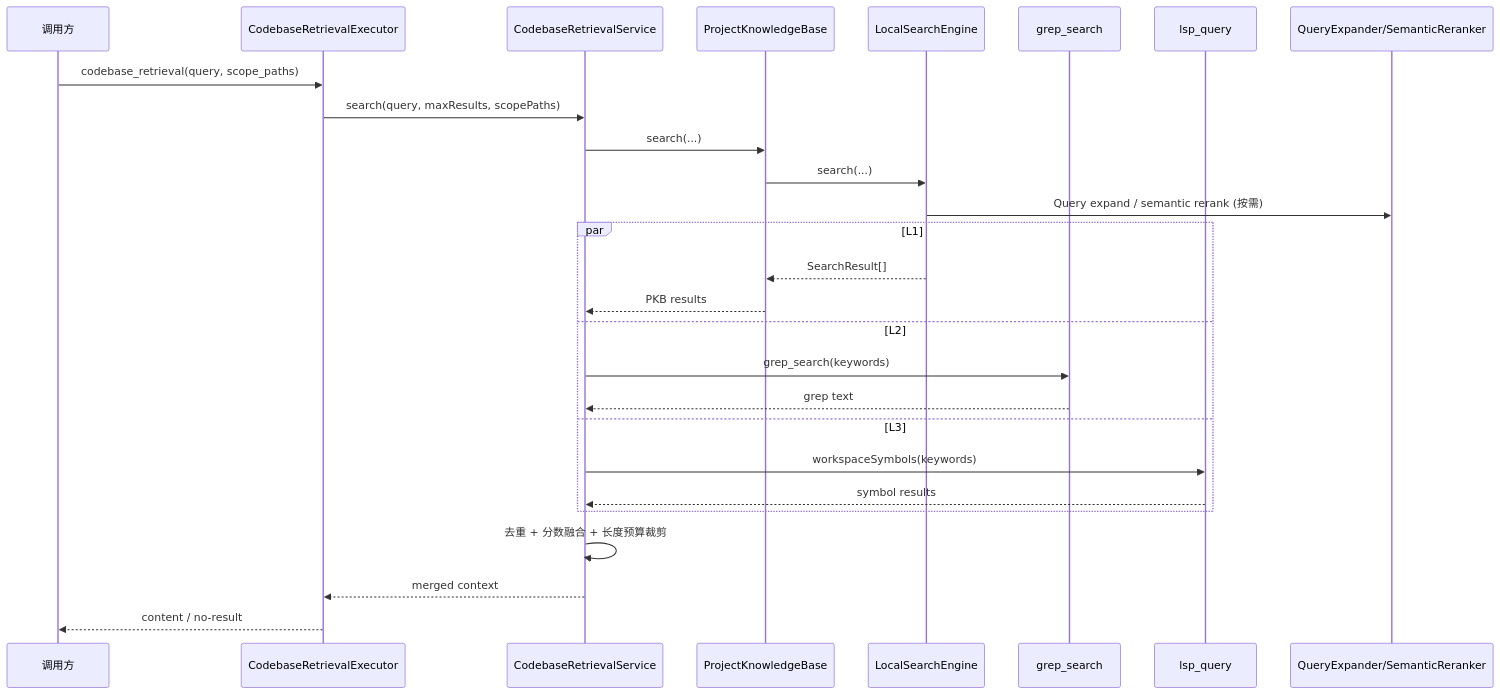
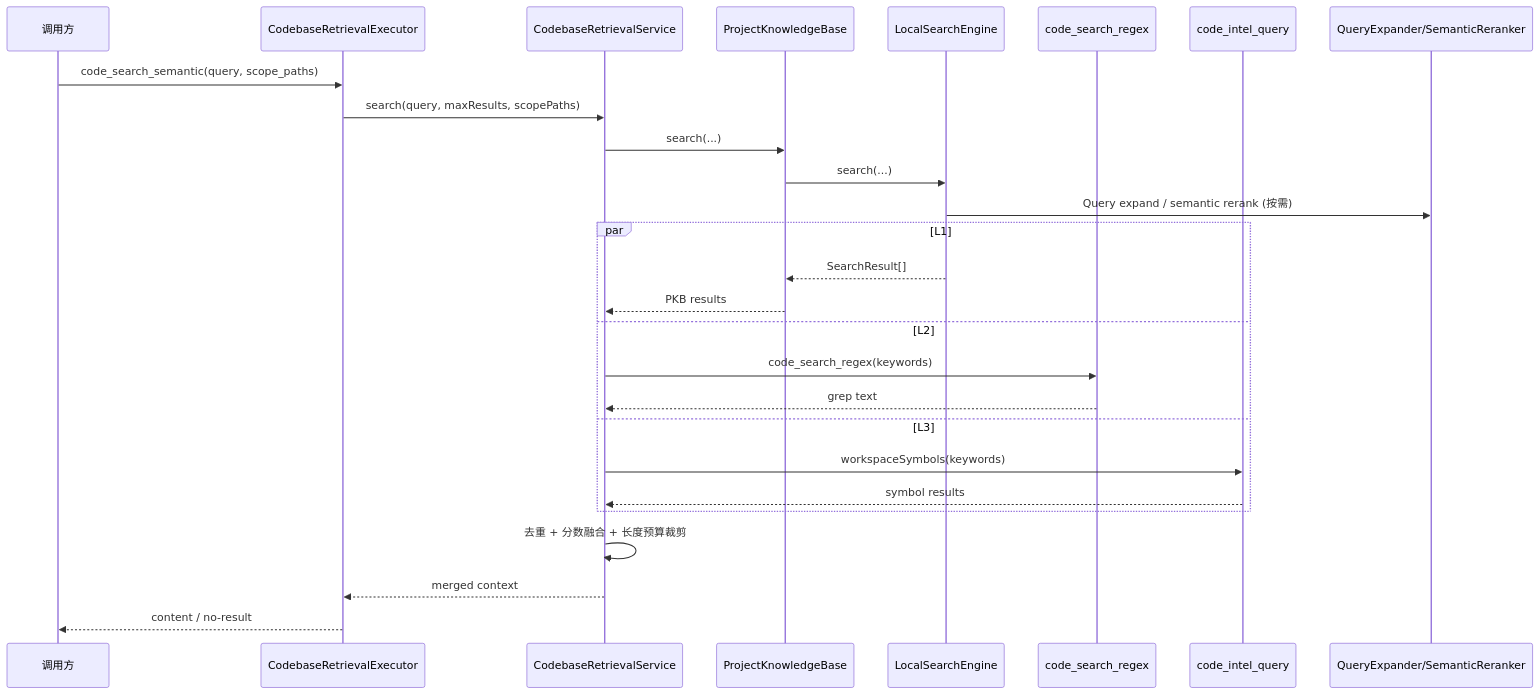
The second of 2 diagrams in docs/LOCAL_INDEX_DESIGN.md (MistRipple/magi-code), drawn with Mermaid before and after one commit. The commit also changed other lines of this file and 93 other files, not shown here.

````diff
--- a/docs/LOCAL_INDEX_DESIGN.md
+++ b/docs/LOCAL_INDEX_DESIGN.md
@@ -46,33 +46,33 @@
 ```mermaid
 sequenceDiagram
     participant Caller as 调用方
     participant Exec as CodebaseRetrievalExecutor
     participant Service as CodebaseRetrievalService
     participant PKB as ProjectKnowledgeBase
     participant Engine as LocalSearchEngine
-    participant Grep as grep_search
-    participant LSP as lsp_query
+    participant Grep as code_search_regex
+    participant LSP as code_intel_query
     participant LLM as QueryExpander/SemanticReranker
 
-    Caller->>Exec: codebase_retrieval(query, scope_paths)
+    Caller->>Exec: code_search_semantic(query, scope_paths)
     Exec->>Service: search(query, maxResults, scopePaths)
 
     Service->>PKB: search(...)
     PKB->>Engine: search(...)
     Engine->>LLM: Query expand / semantic rerank (按需)
 
     par L1
       Engine-->>PKB: SearchResult[]
       PKB-->>Service: PKB results
     and L2
-      Service->>Grep: grep_search(keywords)
+      Service->>Grep: code_search_regex(keywords)
       Grep-->>Service: grep text
     and L3
       Service->>LSP: workspaceSymbols(keywords)
       LSP-->>Service: symbol results
     end
 
     Service->>Service: 去重 + 分数融合 + 长度预算裁剪
     Service-->>Exec: merged context
     Exec-->>Caller: content / no-result
 ```
````
